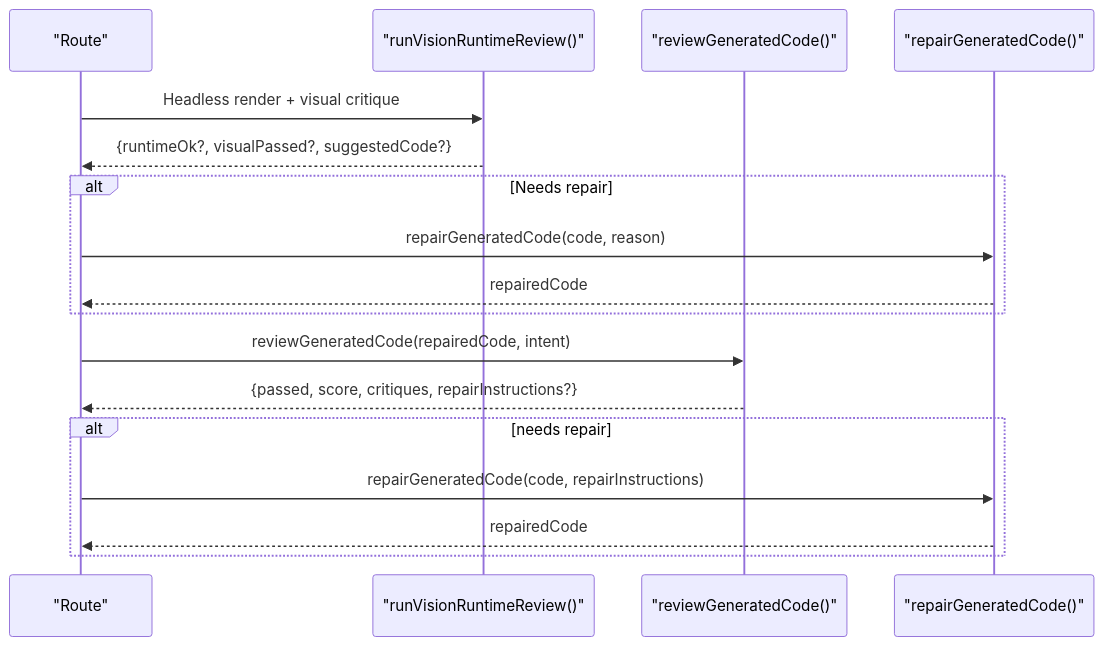
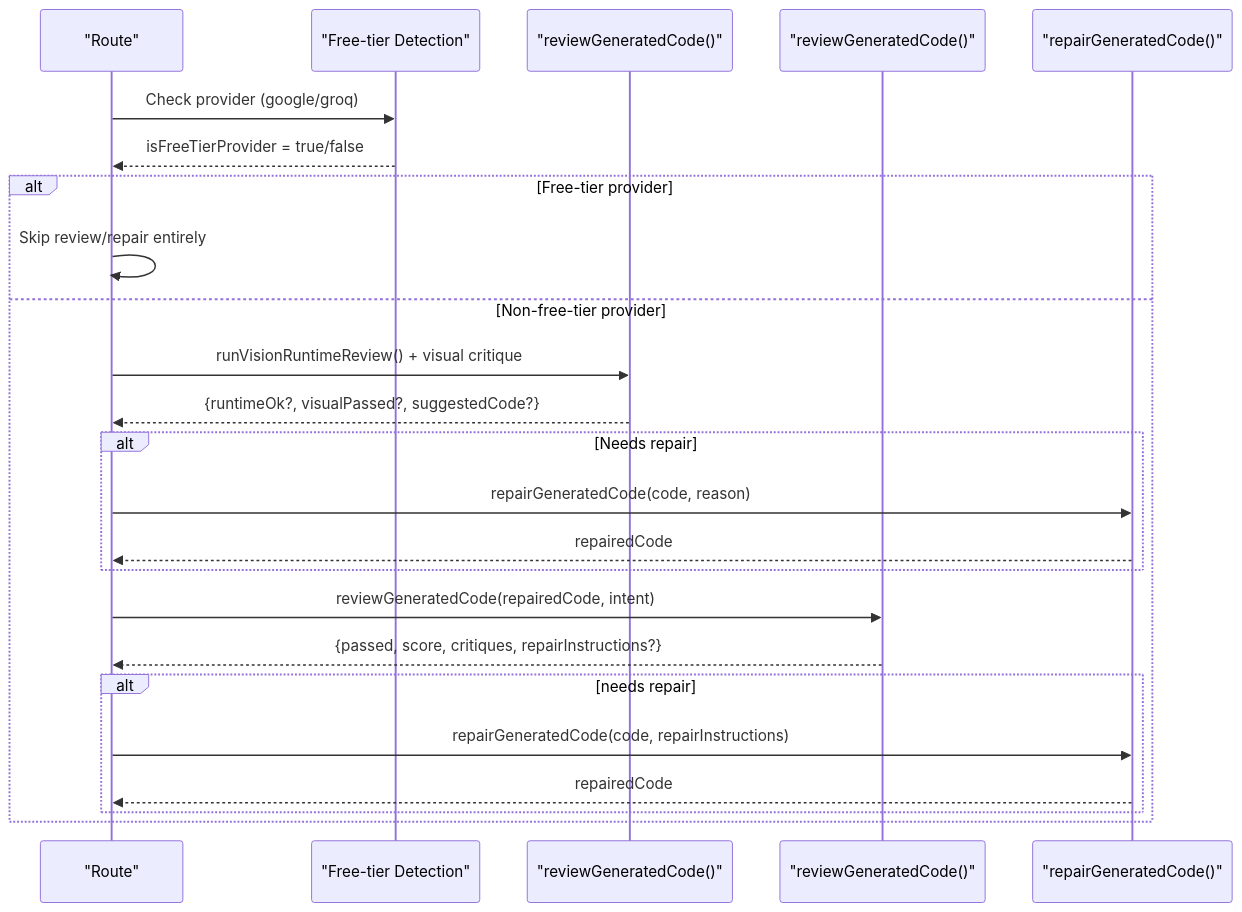
Before and after one commit to shekhargiri005-dotcom/AI-powered-accessibility-first-UI-engine: the fourth of 5 diagrams in .qoder/repowiki/en/content/Architecture & Design/Layered Architecture/API Layer/Generation API.md, drawn with Mermaid. The commit also changed other lines of this file and 38 other files, not shown here.

````diff
--- a/.qoder/repowiki/en/content/Architecture & Design/Layered Architecture/API Layer/Generation API.md
+++ b/.qoder/repowiki/en/content/Architecture & Design/Layered Architecture/API Layer/Generation API.md
@@ -237,19 +311,26 @@
 ```mermaid
 sequenceDiagram
 participant R as "Route"
-participant VR as "runVisionRuntimeReview()"
+participant FT as "Free-tier Detection"
+participant VR as "reviewGeneratedCode()"
 participant RR as "reviewGeneratedCode()"
 participant RP as "repairGeneratedCode()"
-R->>VR : Headless render + visual critique
+R->>FT : Check provider (google/groq)
+FT-->>R : isFreeTierProvider = true/false
+alt Free-tier provider
+R->>R : Skip review/repair entirely
+else Non-free-tier provider
+R->>VR : runVisionRuntimeReview() + visual critique
 VR-->>R : {runtimeOk?, visualPassed?, suggestedCode?}
 alt Needs repair
 R->>RP : repairGeneratedCode(code, reason)
 RP-->>R : repairedCode
 end
 R->>RR : reviewGeneratedCode(repairedCode, intent)
 RR-->>R : {passed, score, critiques, repairInstructions?}
 alt needs repair
 R->>RP : repairGeneratedCode(code, repairInstructions)
 RP-->>R : repairedCode
 end
+end
 ```
````
